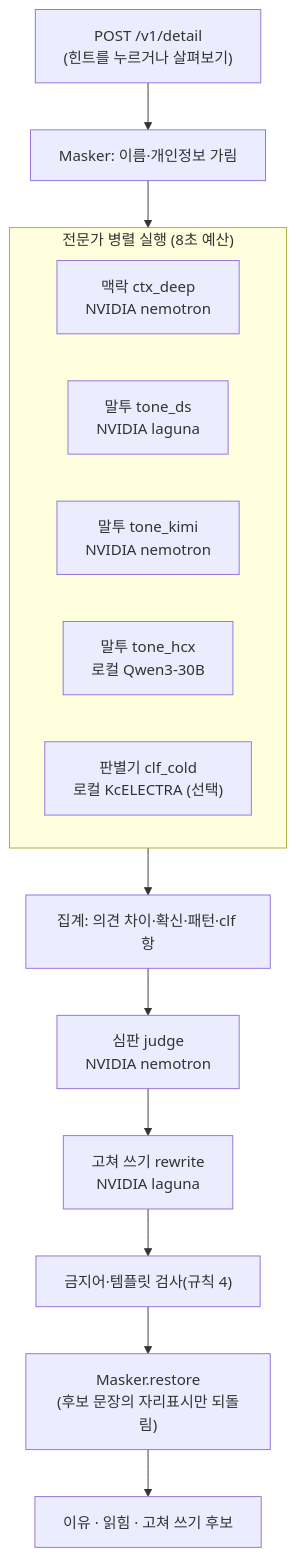
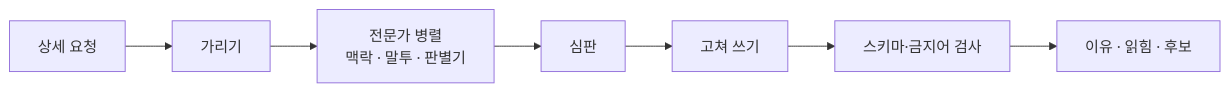
One commit to Daegyu519/Adventure_Design changed the third of 3 diagrams in docs/architecture-diagrams.md. Above: the diagram before and after it, drawn with Mermaid. The commit also changed other lines of this file and 13 other files, not shown here.

````diff
--- a/docs/architecture-diagrams.md
+++ b/docs/architecture-diagrams.md
@@ -117,21 +62,9 @@
 ```mermaid
-flowchart TB
-  REQ["POST /v1/detail<br/>(힌트를 누르거나 살펴보기)"] --> MASK["Masker: 이름·개인정보 가림"]
-  MASK --> PAR
-
-  subgraph PAR["전문가 병렬 실행 (8초 예산)"]
-    direction LR
-    C["맥락 ctx_deep<br/>NVIDIA nemotron"]
-    T1["말투 tone_ds<br/>NVIDIA laguna"]
-    T2["말투 tone_kimi<br/>NVIDIA nemotron"]
-    T3["말투 tone_hcx<br/>로컬 Qwen3-30B"]
-    T4["판별기 clf_cold<br/>로컬 KcELECTRA (선택)"]
-  end
-
-  PAR --> AGG["집계: 의견 차이·확신·패턴·clf 항"]
-  AGG --> J["심판 judge<br/>NVIDIA nemotron"]
-  J --> RW["고쳐 쓰기 rewrite<br/>NVIDIA laguna"]
-  RW --> GUARD["금지어·템플릿 검사(규칙 4)"]
-  GUARD --> RESTORE["Masker.restore<br/>(후보 문장의 자리표시만 되돌림)"]
-  RESTORE --> OUT["이유 · 읽힘 · 고쳐 쓰기 후보"]
+flowchart LR
+  REQ["상세 요청"] --> MASK["가리기"]
+  MASK --> EXP["전문가 병렬<br/>맥락 · 말투 · 판별기"]
+  EXP --> J["심판"]
+  J --> RW["고쳐 쓰기"]
+  RW --> CHK["스키마·금지어 검사"]
+  CHK --> OUT["이유 · 읽힘 · 후보"]
 ```
````
